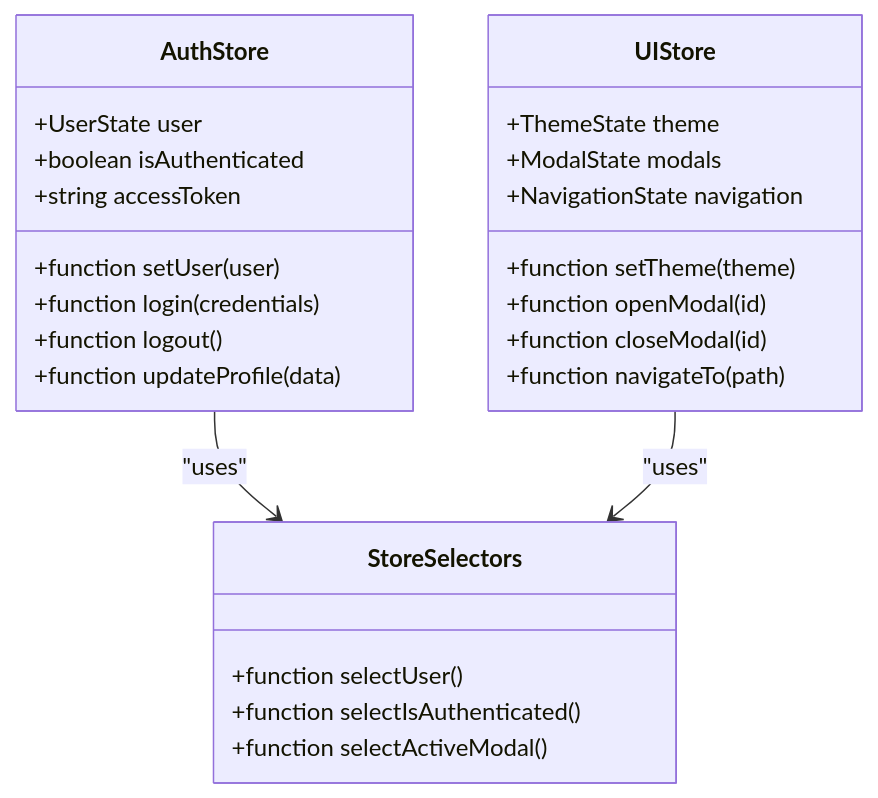
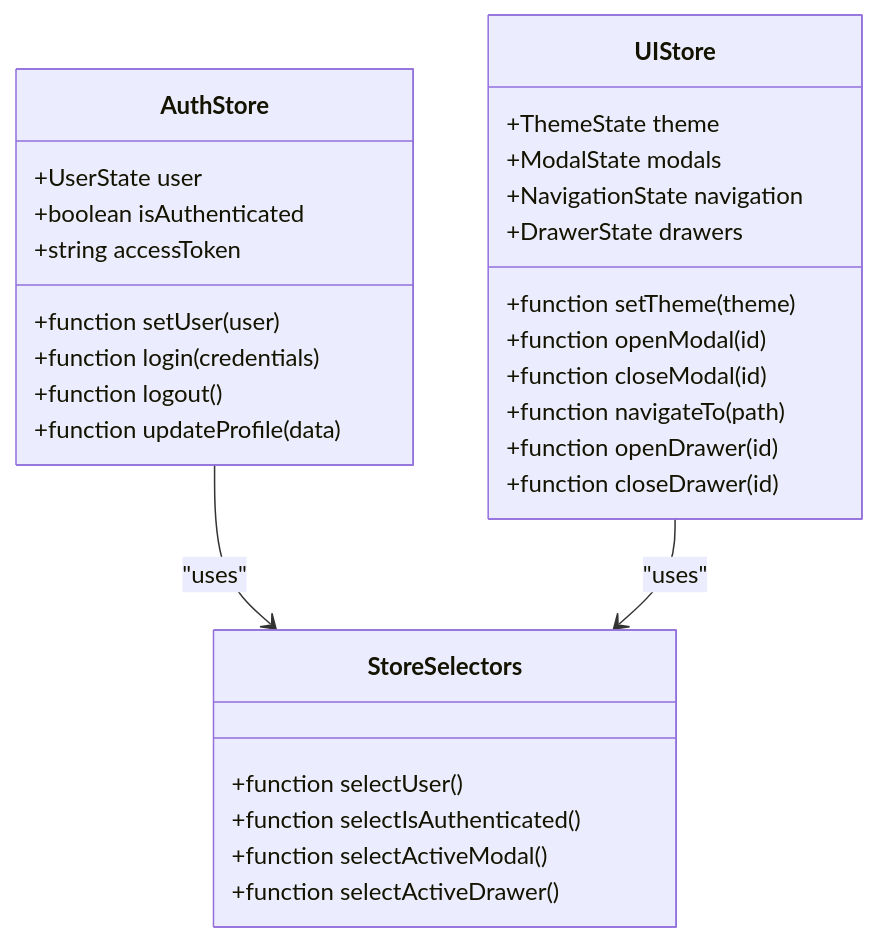
The ninth of 11 diagrams in .qoder/repowiki/en/content/System Architecture/Frontend Architecture/Component Architecture/Component Patterns & Best Practices.md (franckylab/eLISAschool), drawn with Mermaid before and after one commit. The commit also changed other lines of this file and 6 other files, not shown here.

````diff
--- a/.qoder/repowiki/en/content/System Architecture/Frontend Architecture/Component Architecture/Component Patterns & Best Practices.md
+++ b/.qoder/repowiki/en/content/System Architecture/Frontend Architecture/Component Architecture/Component Patterns & Best Practices.md
@@ -296,28 +370,32 @@
 ```mermaid
 classDiagram
 class AuthStore {
 +UserState user
 +boolean isAuthenticated
 +string accessToken
 +function setUser(user)
 +function login(credentials)
 +function logout()
 +function updateProfile(data)
 }
 class UIStore {
 +ThemeState theme
 +ModalState modals
 +NavigationState navigation
++DrawerState drawers
 +function setTheme(theme)
 +function openModal(id)
 +function closeModal(id)
 +function navigateTo(path)
++function openDrawer(id)
++function closeDrawer(id)
 }
 class StoreSelectors {
 +function selectUser()
 +function selectIsAuthenticated()
 +function selectActiveModal()
++function selectActiveDrawer()
 }
 AuthStore --> StoreSelectors : "uses"
 UIStore --> StoreSelectors : "uses"
 ```
````
